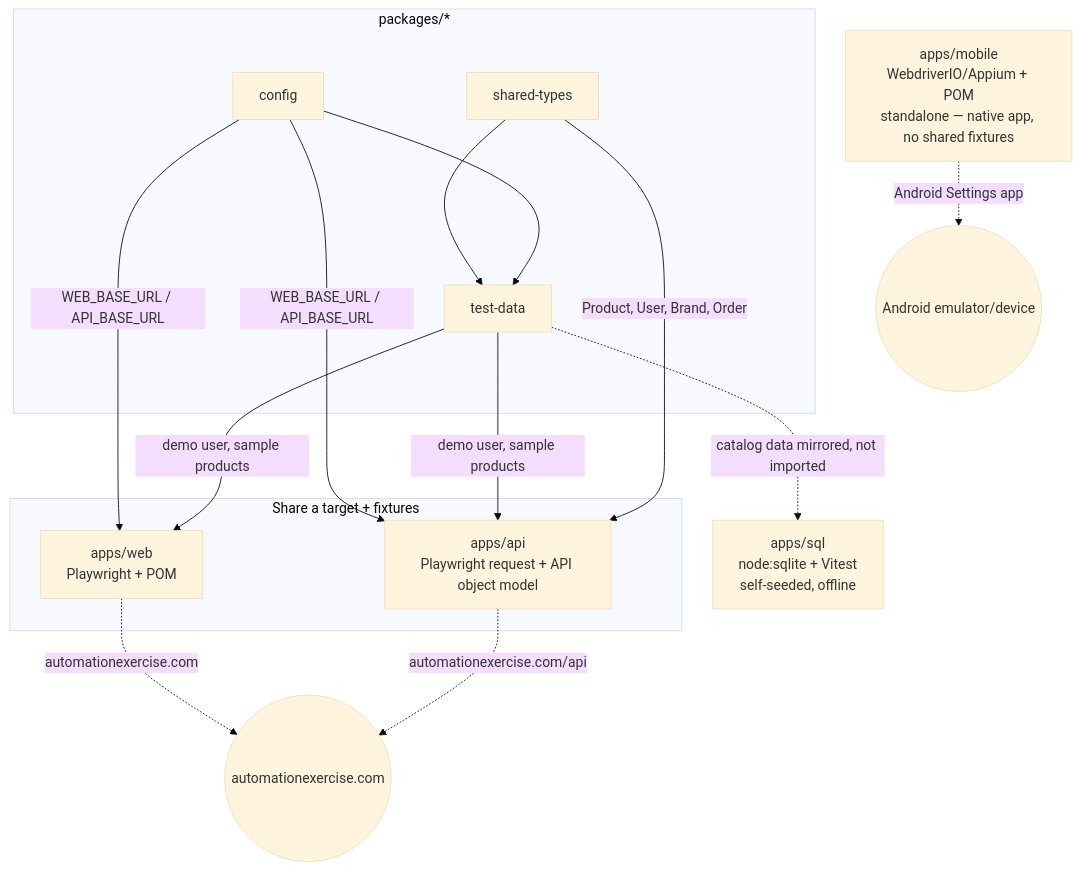
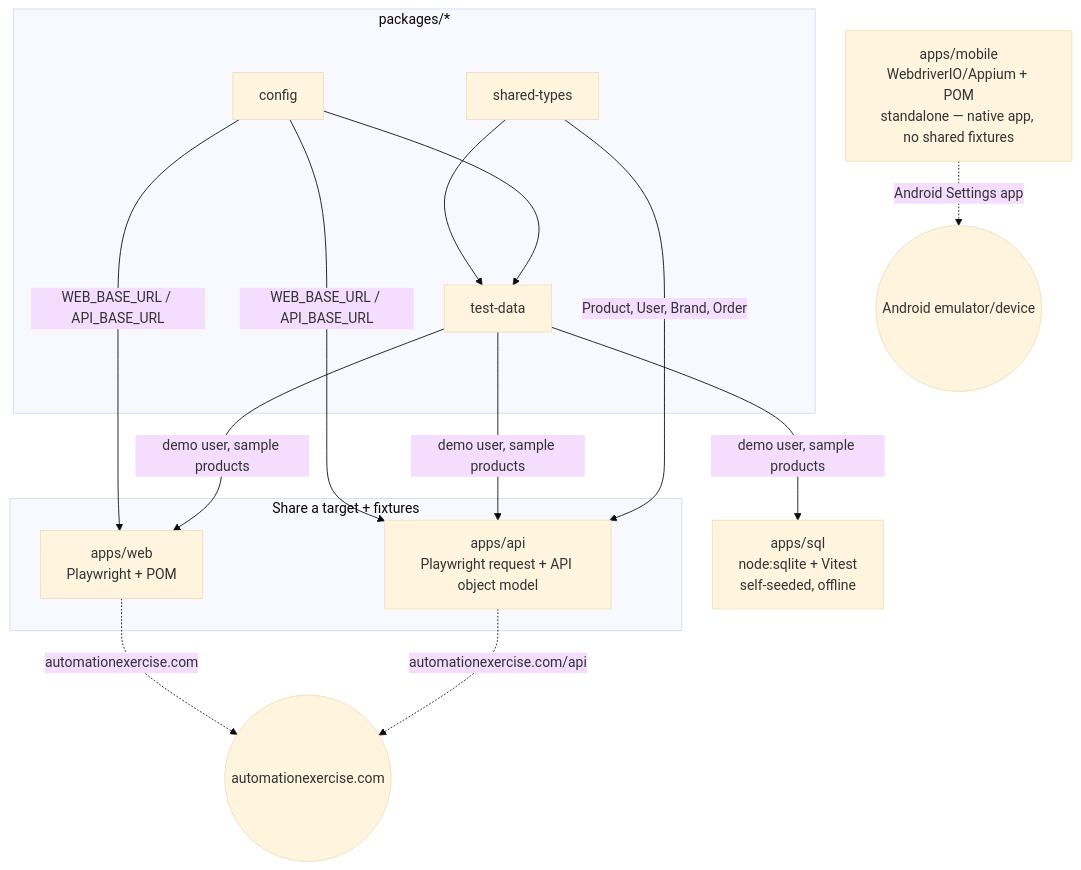
The diagram in docs/ARCHITECTURE.md (OdinJacques/Framework), drawn with Mermaid (base theme) before and after one commit. The commit also changed other lines of this file and 7 other files, not shown here.

````diff
--- a/docs/ARCHITECTURE.md
+++ b/docs/ARCHITECTURE.md
@@ -11,30 +11,30 @@
 ```mermaid
 graph TD
     subgraph packages["packages/*"]
         ST[shared-types]
         CFG[config]
         TD[test-data]
     end
 
     ST --> TD
     CFG --> TD
 
     subgraph web_api["Share a target + fixtures"]
         WEB[apps/web<br/>Playwright + POM]
         API[apps/api<br/>Playwright request + API object model]
     end
 
     CFG -->|WEB_BASE_URL / API_BASE_URL| WEB
     CFG -->|WEB_BASE_URL / API_BASE_URL| API
     TD -->|demo user, sample products| WEB
     TD -->|demo user, sample products| API
     ST -->|Product, User, Brand, Order| API
 
-    TD -.->|catalog data mirrored, not imported| SQL[apps/sql<br/>node:sqlite + Vitest<br/>self-seeded, offline]
+    TD -->|demo user, sample products| SQL[apps/sql<br/>node:sqlite + Vitest<br/>self-seeded, offline]
 
     MOBILE[apps/mobile<br/>WebdriverIO/Appium + POM<br/>standalone — native app, no shared fixtures]
 
     WEB -.->|automationexercise.com| SITE((automationexercise.com))
     API -.->|automationexercise.com/api| SITE
     MOBILE -.->|Android Settings app| DEVICE((Android emulator/device))
 ```
````
